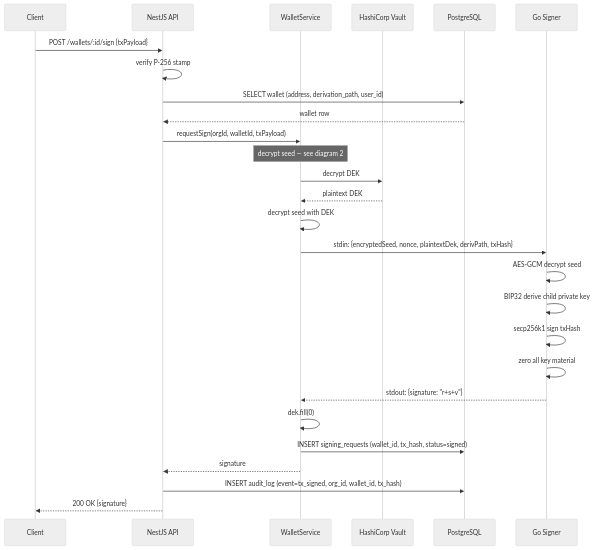
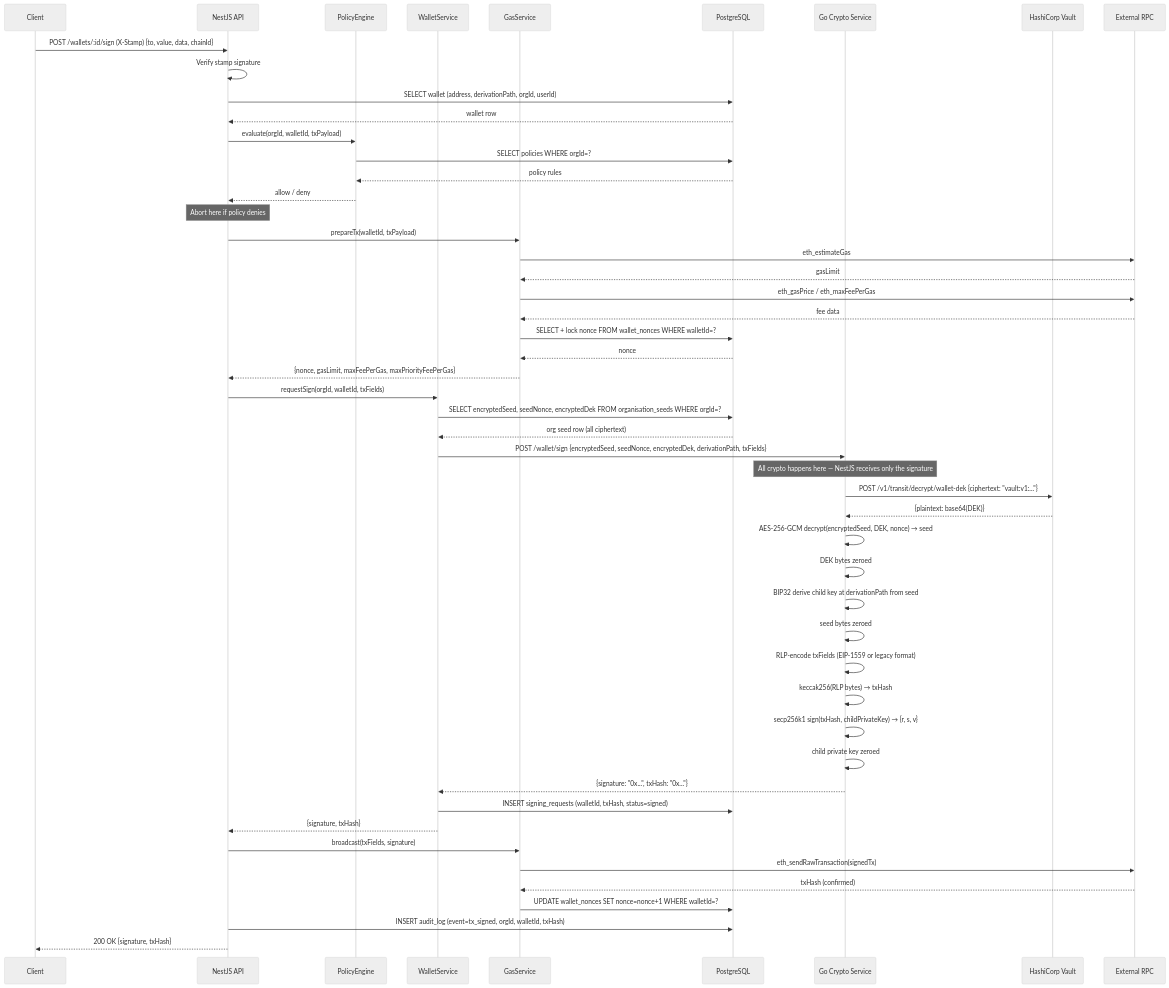
The fourth of 5 diagrams in docs/SEQUENCE_DIAGRAMS.md (sg-milad/BrokeTurnkey), drawn with Mermaid (neutral theme) before and after one commit. The commit also changed other lines of this file and 6 other files, not shown here.

````diff
--- a/docs/SEQUENCE_DIAGRAMS.md
+++ b/docs/SEQUENCE_DIAGRAMS.md
@@ -91,38 +131,66 @@
 ```mermaid
 sequenceDiagram
     participant C as Client
     participant API as NestJS API
+    participant PE as PolicyEngine
     participant WS as WalletService
+    participant GS as GasService
+    participant DB as PostgreSQL
+    participant GO as Go Crypto Service
     participant V as HashiCorp Vault
-    participant DB as PostgreSQL
-    participant GO as Go Signer
+    participant RPC as External RPC
 
-    C->>API: POST /wallets/:id/sign {txPayload}
-    API->>API: verify P-256 stamp
+    C->>API: POST /wallets/:id/sign (X-Stamp) {to, value, data, chainId}
+    API->>API: Verify stamp signature
 
-    API->>DB: SELECT wallet (address, derivation_path, user_id)
+    API->>DB: SELECT wallet (address, derivationPath, orgId, userId)
     DB-->>API: wallet row
 
-    API->>WS: requestSign(orgId, walletId, txPayload)
+    API->>PE: evaluate(orgId, walletId, txPayload)
+    PE->>DB: SELECT policies WHERE orgId=?
+    DB-->>PE: policy rules
+    PE-->>API: allow / deny
 
-    note over WS: decrypt seed — see diagram 2
-    WS->>V: decrypt DEK
-    V-->>WS: plaintext DEK
-    WS->>WS: decrypt seed with DEK
+    note over API: Abort here if policy denies
 
-    WS->>GO: stdin: {encryptedSeed, nonce, plaintextDek, derivPath, txHash}
+    API->>GS: prepareTx(walletId, txPayload)
+    GS->>RPC: eth_estimateGas
+    RPC-->>GS: gasLimit
+    GS->>RPC: eth_gasPrice / eth_maxFeePerGas
+    RPC-->>GS: fee data
+    GS->>DB: SELECT + lock nonce FROM wallet_nonces WHERE walletId=?
+    DB-->>GS: nonce
+    GS-->>API: {nonce, gasLimit, maxFeePerGas, maxPriorityFeePerGas}
 
-    GO->>GO: AES-GCM decrypt seed
-    GO->>GO: BIP32 derive child private key
-    GO->>GO: secp256k1 sign txHash
-    GO->>GO: zero all key material
+    API->>WS: requestSign(orgId, walletId, txFields)
 
-    GO-->>WS: stdout: {signature: "r+s+v"}
+    WS->>DB: SELECT encryptedSeed, seedNonce, encryptedDek FROM organisation_seeds WHERE orgId=?
+    DB-->>WS: org seed row (all ciphertext)
 
-    WS->>WS: dek.fill(0)
-    WS->>DB: INSERT signing_requests (wallet_id, tx_hash, status=signed)
+    WS->>GO: POST /wallet/sign {encryptedSeed, seedNonce, encryptedDek, derivationPath, txFields}
 
-    WS-->>API: signature
-    API->>DB: INSERT audit_log (event=tx_signed, org_id, wallet_id, tx_hash)
-    API-->>C: 200 OK {signature}
+    note over GO: All crypto happens here — NestJS receives only the signature
+    GO->>V: POST /v1/transit/decrypt/wallet-dek {ciphertext: "vault:v1:..."}
+    V-->>GO: {plaintext: base64(DEK)}
+    GO->>GO: AES-256-GCM decrypt(encryptedSeed, DEK, nonce) → seed
+    GO->>GO: DEK bytes zeroed
+    GO->>GO: BIP32 derive child key at derivationPath from seed
+    GO->>GO: seed bytes zeroed
+    GO->>GO: RLP-encode txFields (EIP-1559 or legacy format)
+    GO->>GO: keccak256(RLP bytes) → txHash
+    GO->>GO: secp256k1 sign(txHash, childPrivateKey) → {r, s, v}
+    GO->>GO: child private key zeroed
+
+    GO-->>WS: {signature: "0x...", txHash: "0x..."}
+
+    WS->>DB: INSERT signing_requests (walletId, txHash, status=signed)
+    WS-->>API: {signature, txHash}
+
+    API->>GS: broadcast(txFields, signature)
+    GS->>RPC: eth_sendRawTransaction(signedTx)
+    RPC-->>GS: txHash (confirmed)
+    GS->>DB: UPDATE wallet_nonces SET nonce=nonce+1 WHERE walletId=?
+
+    API->>DB: INSERT audit_log (event=tx_signed, orgId, walletId, txHash)
+    API-->>C: 200 OK {signature, txHash}
 ```
````
